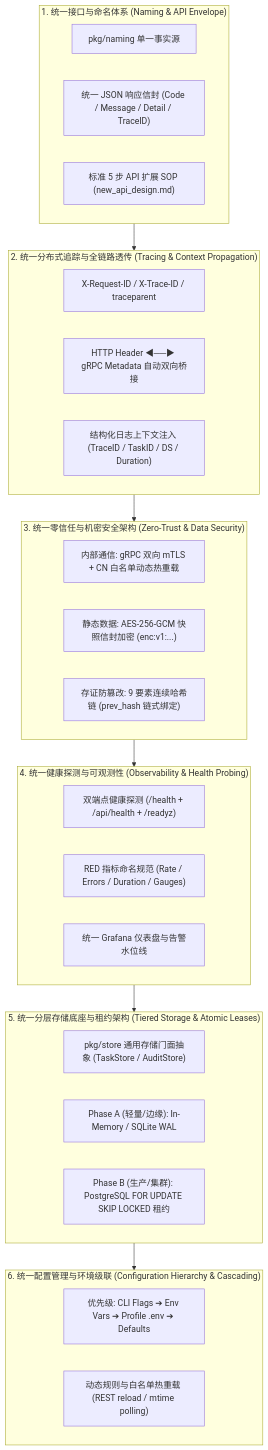
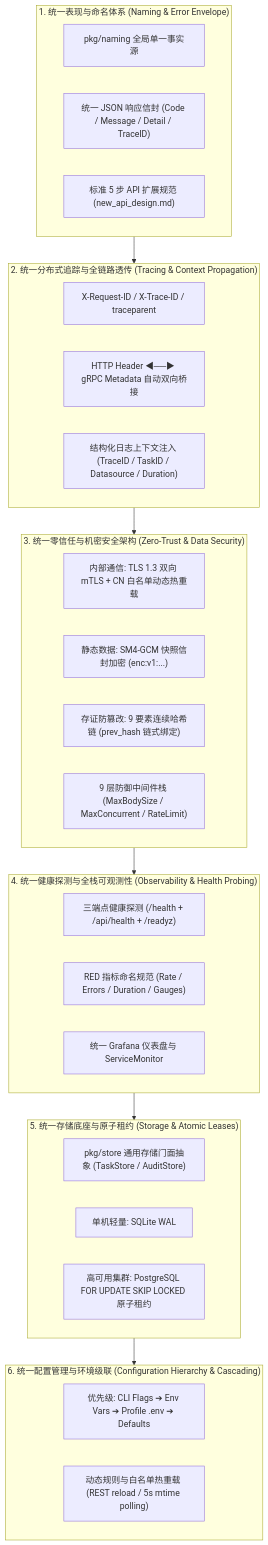
One commit to fengzhizi319/PrivShield changed the first of 2 diagrams in docs/architecture/unified_design_specifications.md. Above: the diagram before and after it, drawn with Mermaid. The commit also changed other lines of this file and 6 other files, not shown here.

First line of the commit message:
docs(architecture): sync all architecture docs with current codebase

````diff
--- a/docs/architecture/unified_design_specifications.md
+++ b/docs/architecture/unified_design_specifications.md
@@ -11,39 +39,40 @@
 ```mermaid
 flowchart TD
-    subgraph S1 ["1. 统一接口与命名体系 (Naming & API Envelope)"]
-        SSOT["pkg/naming 单一事实源"]
+    subgraph S1 ["1. 统一表现与命名体系 (Naming & Error Envelope)"]
+        SSOT["pkg/naming 全局单一事实源"]
         Envelope["统一 JSON 响应信封 (Code / Message / Detail / TraceID)"]
-        NewAPI["标准 5 步 API 扩展 SOP (new_api_design.md)"]
+        NewAPI["标准 5 步 API 扩展规范 (new_api_design.md)"]
     end
 
     subgraph S2 ["2. 统一分布式追踪与全链路透传 (Tracing & Context Propagation)"]
         TraceID["X-Request-ID / X-Trace-ID / traceparent"]
         Bridge["HTTP Header ◀──▶ gRPC Metadata 自动双向桥接"]
-        LogCtx["结构化日志上下文注入 (TraceID / TaskID / DS / Duration)"]
+        LogCtx["结构化日志上下文注入 (TraceID / TaskID / Datasource / Duration)"]
     end
 
     subgraph S3 ["3. 统一零信任与机密安全架构 (Zero-Trust & Data Security)"]
-        mTLS["内部通信: gRPC 双向 mTLS + CN 白名单动态热重载"]
-        EnvelopeEnc["静态数据: AES-256-GCM 快照信封加密 (enc:v1:...)"]
+        mTLS["内部通信: TLS 1.3 双向 mTLS + CN 白名单动态热重载"]
+        EnvelopeEnc["静态数据: SM4-GCM 快照信封加密 (enc:v1:...)"]
         HashChain["存证防篡改: 9 要素连续哈希链 (prev_hash 链式绑定)"]
+        DDoSMW["9 层防御中间件栈 (MaxBodySize / MaxConcurrent / RateLimit)"]
     end
 
-    subgraph S4 ["4. 统一健康探测与可观测性 (Observability & Health Probing)"]
-        DualProbe["双端点健康探测 (/health + /api/health + /readyz)"]
+    subgraph S4 ["4. 统一健康探测与全栈可观测性 (Observability & Health Probing)"]
+        DualProbe["三端点健康探测 (/health + /api/health + /readyz)"]
         PromMetrics["RED 指标命名规范 (Rate / Errors / Duration / Gauges)"]
-        GrafanaDash["统一 Grafana 仪表盘与告警水位线"]
+        GrafanaDash["统一 Grafana 仪表盘与 ServiceMonitor"]
     end
 
-    subgraph S5 ["5. 统一分层存储底座与租约架构 (Tiered Storage & Atomic Leases)"]
+    subgraph S5 ["5. 统一存储底座与原子租约 (Storage & Atomic Leases)"]
         StoreFacade["pkg/store 通用存储门面抽象 (TaskStore / AuditStore)"]
-        PhaseA["Phase A (轻量/边缘): In-Memory / SQLite WAL"]
-        PhaseB["Phase B (生产/集群): PostgreSQL FOR UPDATE SKIP LOCKED 租约"]
+        SQLiteStore["单机轻量: SQLite WAL"]
+        PGStore["高可用集群: PostgreSQL FOR UPDATE SKIP LOCKED 原子租约"]
     end
 
     subgraph S6 ["6. 统一配置管理与环境级联 (Configuration Hierarchy & Cascading)"]
         Hierarchy["优先级: CLI Flags ➔ Env Vars ➔ Profile .env ➔ Defaults"]
-        HotReload["动态规则与白名单热重载 (REST reload / mtime polling)"]
+        HotReload["动态规则与白名单热重载 (REST reload / 5s mtime polling)"]
     end
 
     S1 --> S2 --> S3 --> S4 --> S5 --> S6
 ```
````
